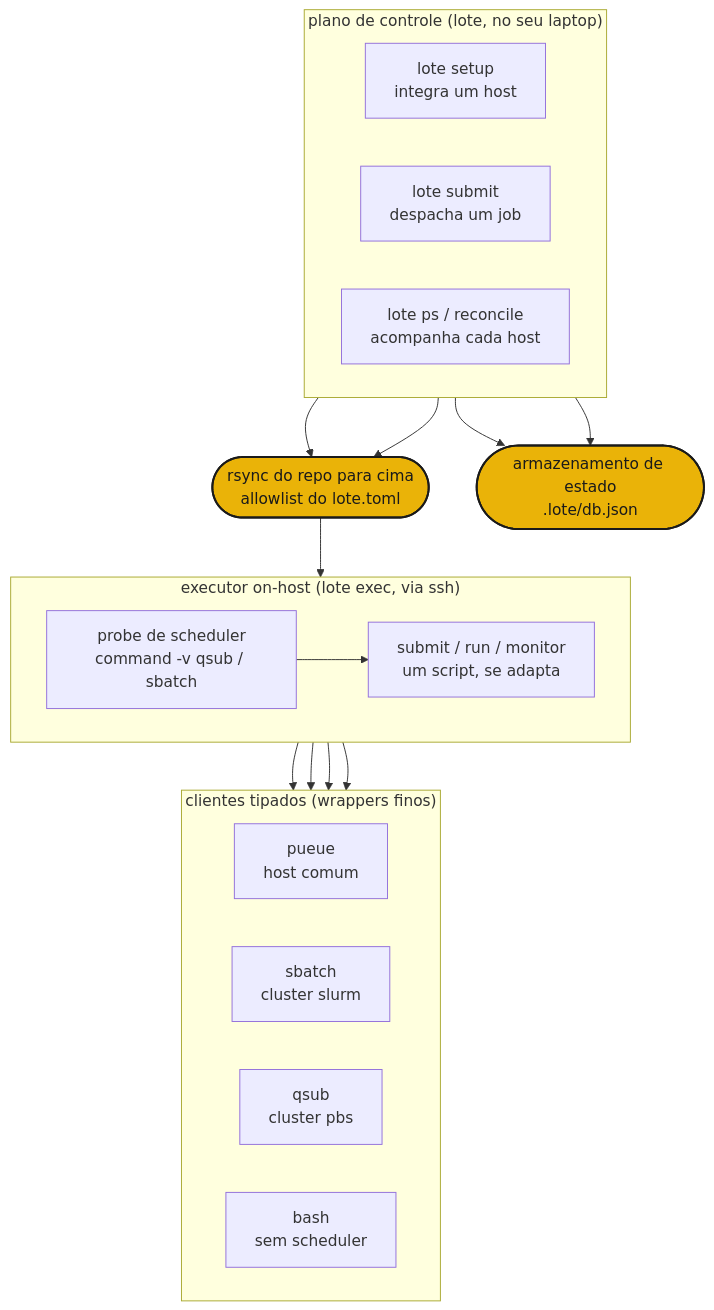
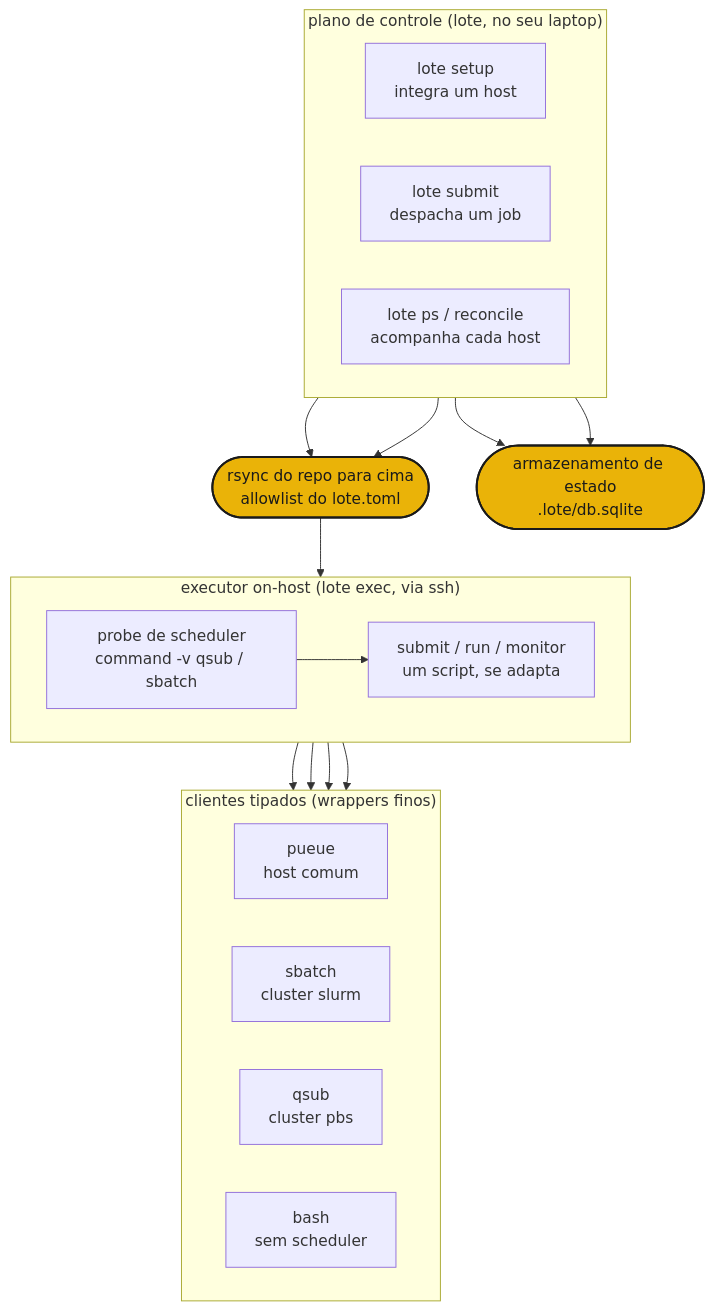
One commit to phvv-me/lote changed the diagram in docs/how-it-works.pt-BR.md. Above: the diagram before and after it, drawn with Mermaid. The commit also changed other lines of this file and 58 other files, not shown here.

````diff
--- a/docs/how-it-works.pt-BR.md
+++ b/docs/how-it-works.pt-BR.md
@@ -5,40 +5,40 @@
 ```mermaid
 flowchart TB
     subgraph control["plano de controle (lote, no seu laptop)"]
         direction LR
         SETUP["lote setup<br/>integra um host"]
         SUBMIT["lote submit<br/>despacha um job"]
         PS["lote ps / reconcile<br/>acompanha cada host"]
     end
 
     subgraph onhost["executor on-host (lote exec, via ssh)"]
         direction LR
         DETECT["probe de scheduler<br/>command -v qsub / sbatch"]
         ADAPT["submit / run / monitor<br/>um script, se adapta"]
     end
 
     subgraph clients["clientes tipados (wrappers finos)"]
         direction LR
         PUEUE["pueue<br/>host comum"]
         SBATCH["sbatch<br/>cluster slurm"]
         QSUB["qsub<br/>cluster pbs"]
         BASH["bash<br/>sem scheduler"]
     end
 
     RSYNC(["rsync do repo para cima<br/>allowlist do lote.toml"]):::brand
-    DB(["armazenamento de estado<br/>.lote/db.json"]):::brand
+    DB(["armazenamento de estado<br/>.lote/db.sqlite"]):::brand
 
     SETUP --> RSYNC
     SUBMIT --> RSYNC
     RSYNC --> DETECT
     DETECT --> ADAPT
     ADAPT --> PUEUE
     ADAPT --> SBATCH
     ADAPT --> QSUB
     ADAPT --> BASH
 
     SUBMIT --> DB
     PS --> DB
 
     classDef brand fill:#eab308,stroke:#1a1a1a,stroke-width:2px,color:#1a1a1a;
 ```
````
